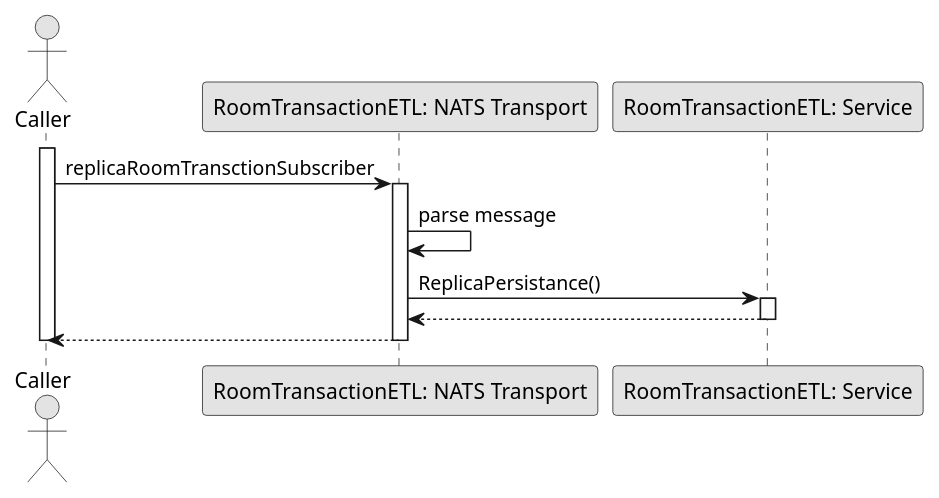
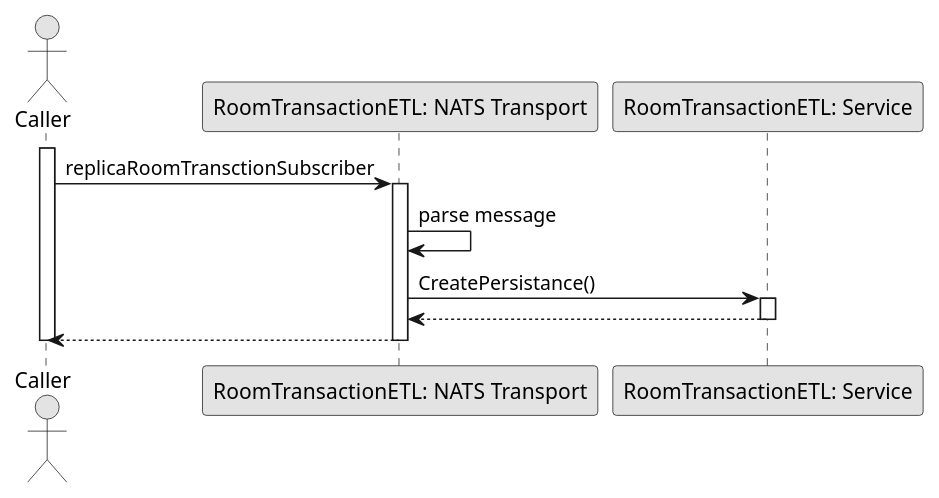
The diagram in Sequence/Release02/EVENT_SubscribeRTCreated.wsd (fwidjaya20/fazzlearning-uml), drawn with PlantUML before and after one commit. The commit also changed 4 other files, not shown here.

```diff
--- a/Sequence/Release02/EVENT_SubscribeRTCreated.wsd
+++ b/Sequence/Release02/EVENT_SubscribeRTCreated.wsd
@@ -1,25 +1,25 @@
 @startuml SubscribeRTCreated
 
 skinparam ConditionStyle hline
 skinparam Monochrome true
 skinparam Shadowing false
 
 actor Caller
 participant "RoomTransactionETL: NATS Transport" as RoomTransactionETLNATSTransport
 participant "RoomTransactionETL: Service" as RoomTransactionETLService
 
 activate Caller
 
 Caller->RoomTransactionETLNATSTransport: replicaRoomTransctionSubscriber
 activate RoomTransactionETLNATSTransport
 RoomTransactionETLNATSTransport->RoomTransactionETLNATSTransport: parse message
-RoomTransactionETLNATSTransport->RoomTransactionETLService: ReplicaPersistance()
+RoomTransactionETLNATSTransport->RoomTransactionETLService: CreatePersistance()
 activate RoomTransactionETLService
 RoomTransactionETLService-->RoomTransactionETLNATSTransport
 deactivate RoomTransactionETLService
 RoomTransactionETLNATSTransport-->Caller
 deactivate RoomTransactionETLNATSTransport
 
 deactivate Caller
 
 @enduml
```
